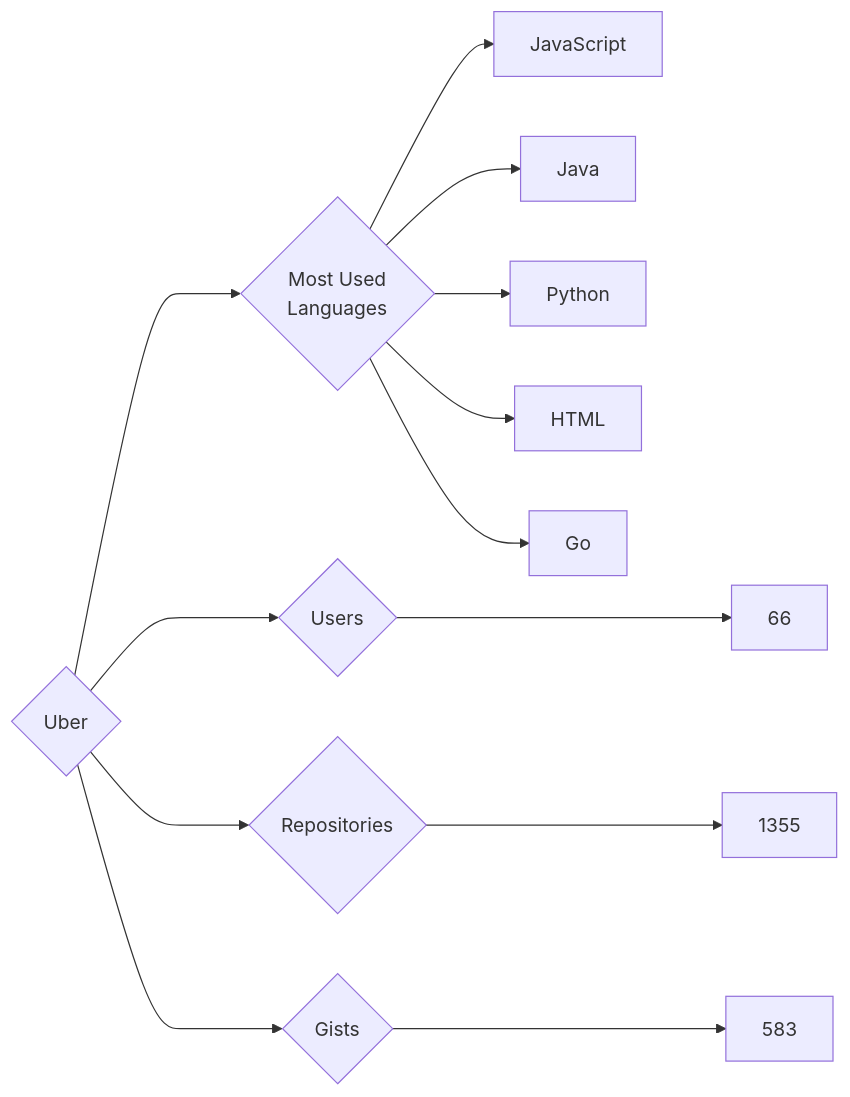
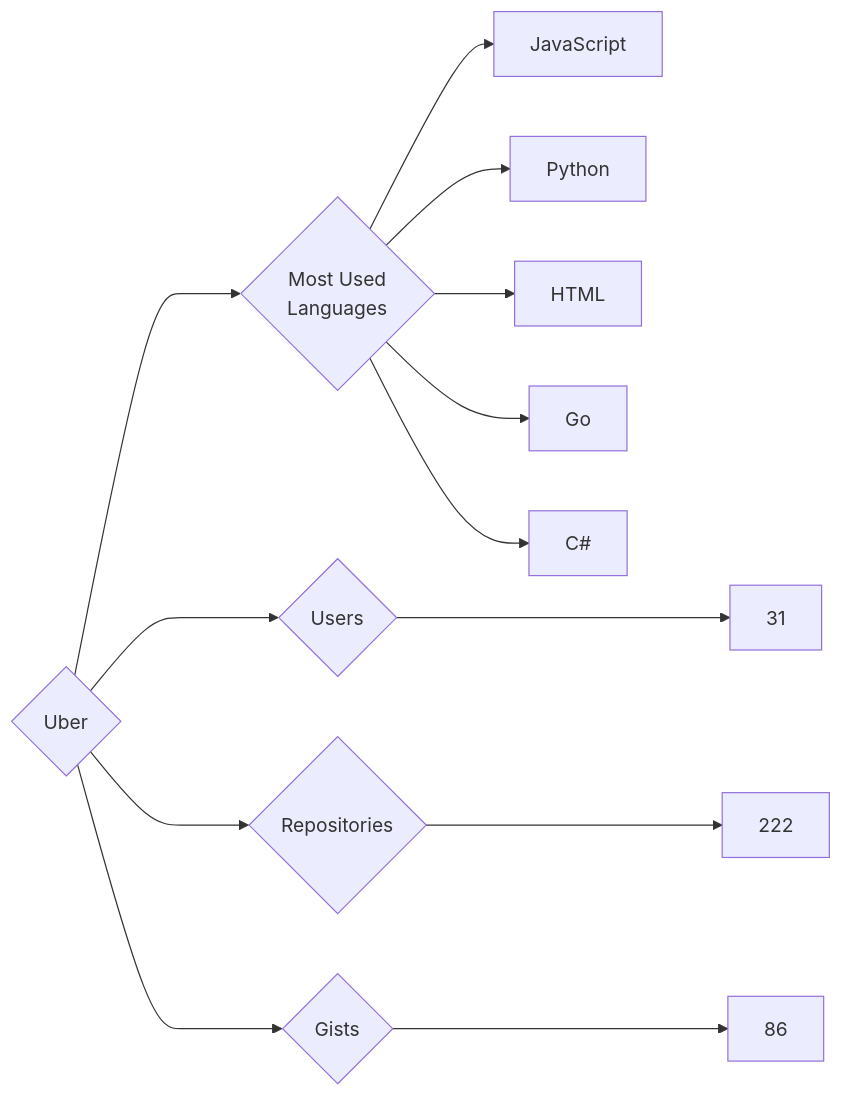
One commit to trickest/insiders changed the diagram in targets/Uber/README.md. Above: the diagram before and after it, drawn with Mermaid. The commit also changed 695 other files, not shown here.

````diff
--- a/targets/Uber/README.md
+++ b/targets/Uber/README.md
@@ -3,13 +3,13 @@
 ```mermaid
 graph LR
 COMPANY_NAME{Uber}
-COMPANY_NAME ---> U{Users} ---> UN[66]
-COMPANY_NAME ---> R{Repositories} ---> RN[1355]
-COMPANY_NAME ---> G{Gists} ---> GN[583]
+COMPANY_NAME ---> U{Users} ---> UN[31]
+COMPANY_NAME ---> R{Repositories} ---> RN[222]
+COMPANY_NAME ---> G{Gists} ---> GN[86]
 COMPANY_NAME ---> ML{Most Used<br>Languages}
 ML --> JavaScript[JavaScript]
-ML --> Java[Java]
 ML --> Python[Python]
 ML --> HTML[HTML]
 ML --> Go[Go]
+ML --> C#[C#]
 ```
````
